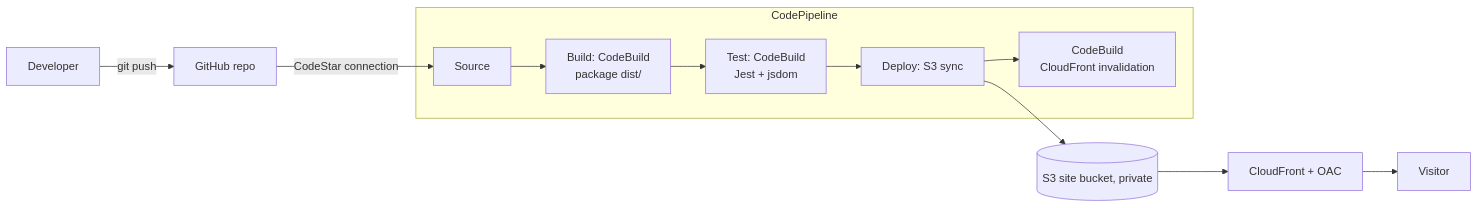
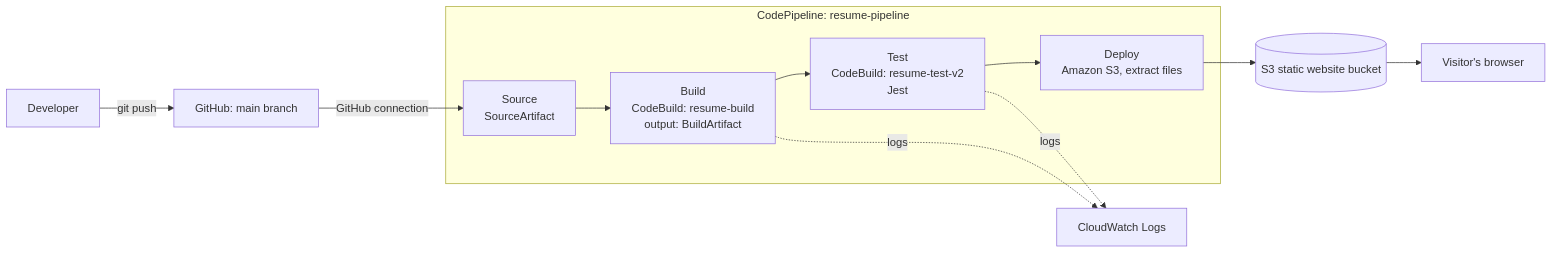
One commit to DominicCYT/resume-site changed the diagram in README.md. Above: the diagram before and after it, drawn with Mermaid. The commit also changed other lines of this file, not shown here.

````diff
--- a/README.md
+++ b/README.md
@@ -6,10 +11,14 @@
 ```mermaid
 flowchart LR
-  Dev[Developer] -- git push --> GH[GitHub repo]
-  GH -- CodeStar connection --> Src[Source]
-  subgraph CodePipeline
-    Src --> B[Build: CodeBuild<br/>package dist/] --> T[Test: CodeBuild<br/>Jest + jsdom] --> D[Deploy: S3 sync] --> I[CodeBuild<br/>CloudFront invalidation]
+  Dev[Developer] -- git push --> GH[GitHub: main branch]
+  GH -- GitHub connection --> Src
+  subgraph CodePipeline: resume-pipeline
+    Src[Source<br/>SourceArtifact] --> Build[Build<br/>CodeBuild: resume-build<br/>output: BuildArtifact]
+    Build --> Test[Test<br/>CodeBuild: resume-test-v2<br/>Jest]
+    Test --> Deploy[Deploy<br/>Amazon S3, extract files]
   end
-  D --> S3[(S3 site bucket, private)]
-  S3 --> CF[CloudFront + OAC] --> User[Visitor]
+  Deploy --> S3[(S3 static website bucket)]
+  S3 --> Visitor[Visitor's browser]
+  Build -. logs .-> CW[CloudWatch Logs]
+  Test -. logs .-> CW
 ```
````
